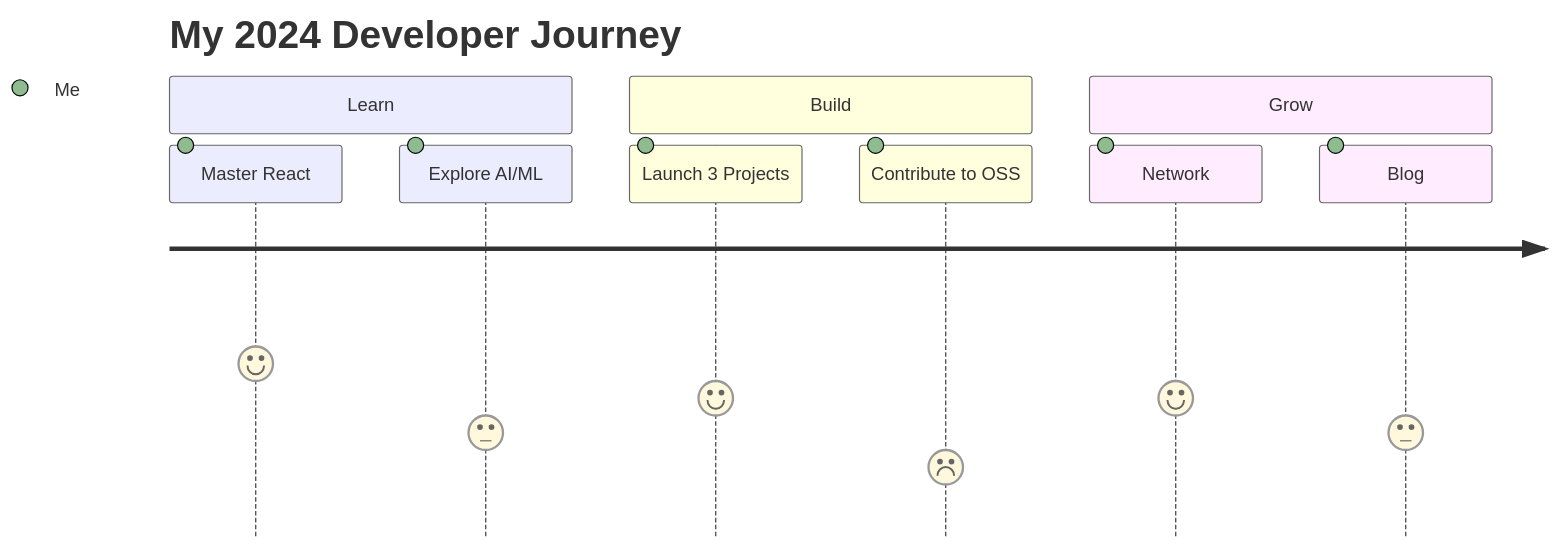
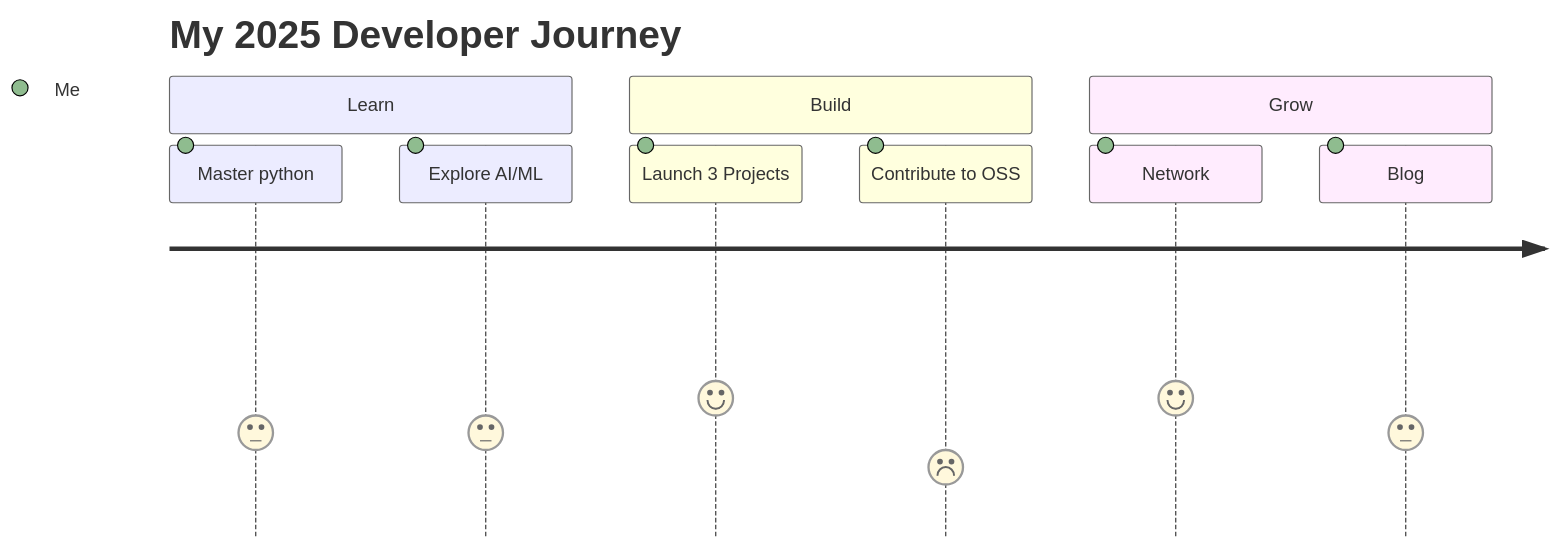
Before and after one commit to Noah-bjd/Noah-bjd: the diagram in README.md, drawn with Mermaid. The commit also changed other lines of this file, not shown here.

````diff
--- a/README.md
+++ b/README.md
@@ -12,13 +42,13 @@
-```mermaid  
-journey  
-    title My 2024 Developer Journey  
-    section Learn  
-      Master React: 5: Me  
-      Explore AI/ML: 3: Me  
-    section Build  
-      Launch 3 Projects: 4: Me  
-      Contribute to OSS: 2: Me  
-    section Grow  
-      Network: 4: Me  
-      Blog: 3: Me  
+```mermaid
+journey
+title My 2025 Developer Journey
+section Learn
+Master python: 3: Me
+Explore AI/ML: 3: Me
+section Build
+Launch 3 Projects: 4: Me
+Contribute to OSS: 2: Me
+section Grow
+Network: 4: Me
+Blog: 3: Me
 ```
````
